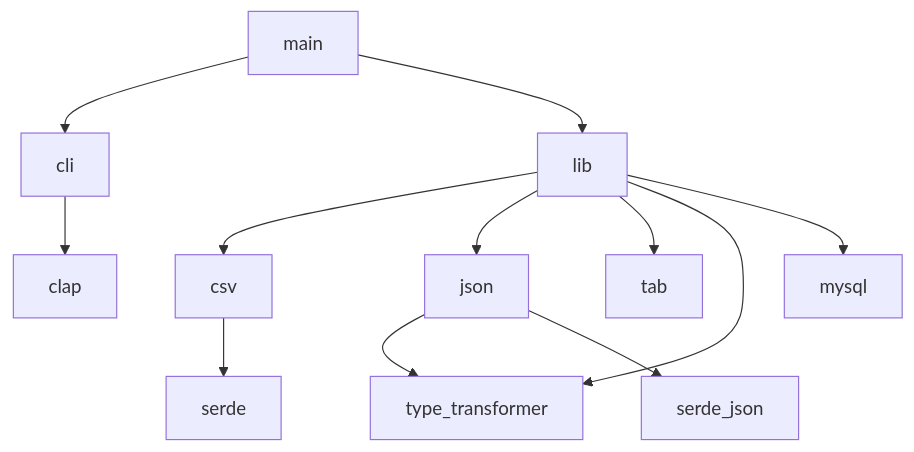
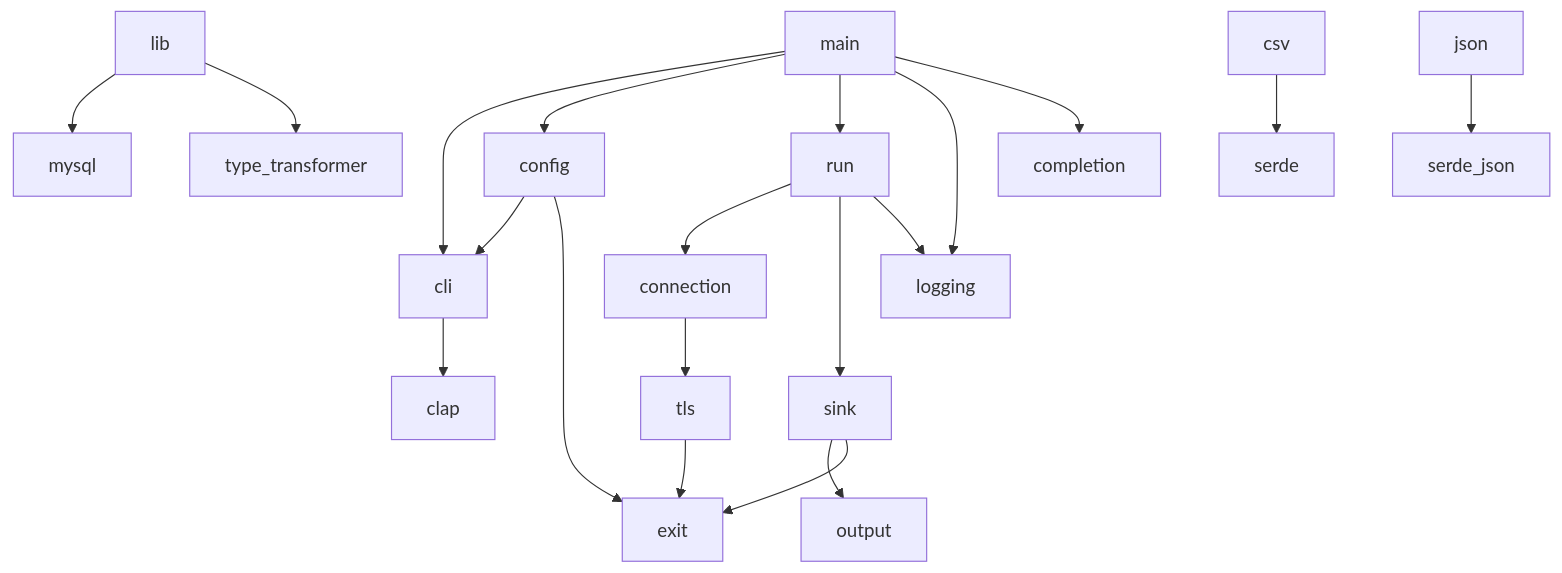
Before and after one commit to EvilBit-Labs/gold_digger: the second of 2 diagrams in docs/src/development/architecture.md, drawn with Mermaid. The commit also changed other lines of this file and 149 other files, not shown here.

````diff
--- a/docs/src/development/architecture.md
+++ b/docs/src/development/architecture.md
@@ -89,14 +111,22 @@
 ```mermaid
 graph TD
     main --> cli
-    main --> lib
-    lib --> csv
-    lib --> json  
-    lib --> tab
-    lib --> type_transformer
-    json --> type_transformer
+    main --> config
+    main --> run
+    main --> logging
+    main --> completion
+    config --> cli
+    config --> exit
+    run --> connection
+    run --> sink
+    run --> logging
+    connection --> tls
+    sink --> output
+    sink --> exit
+    tls --> exit
     cli --> clap
     lib --> mysql
+    lib --> type_transformer
     csv --> serde
     json --> serde_json
 ```
````
